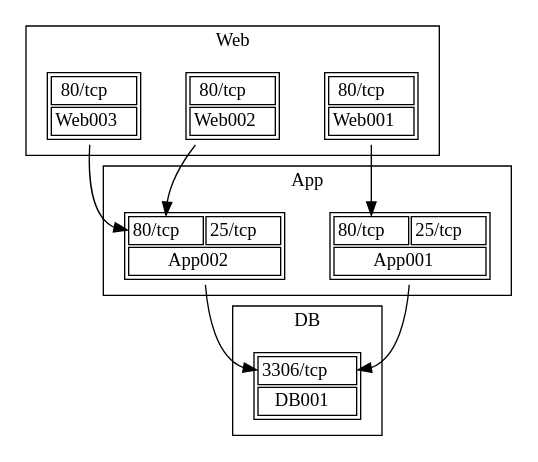
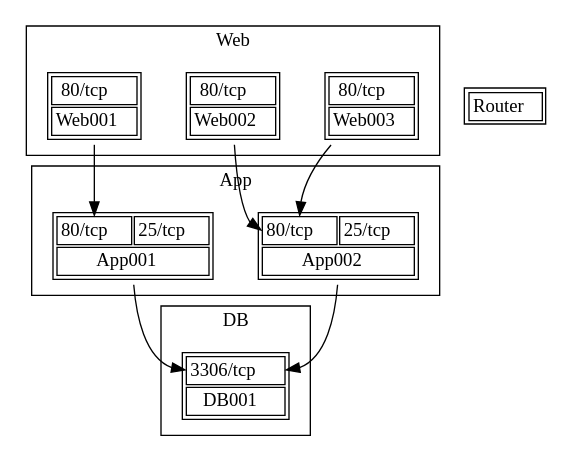
One commit to otahi/network_drawer changed the diagram in examples/simple.dot. Above: the diagram before and after it, drawn with Graphviz. The commit also changed 2 other files, not shown here.

```diff
--- a/examples/simple.dot
+++ b/examples/simple.dot
@@ -1,29 +1,39 @@
 digraph simple {
-  subgraph cluster0 {
+  subgraph cluster_Web {
     label="Web";
-    0[label=<<table><tr><td port="p80tcp"> 80/tcp</td></tr><tr><td colspan="1">Web001</td></tr></table>>,shape="plaintext"];
-    1[label=<<table><tr><td port="p80tcp"> 80/tcp</td></tr><tr><td colspan="1">Web002</td></tr></table>>,shape="plaintext"];
-    2[label=<<table><tr><td port="p80tcp"> 80/tcp</td></tr><tr><td colspan="1">Web003</td></tr></table>>,shape="plaintext"];
+    1[label=<<table><tr><td port="p80tcp"> 80/tcp</td></tr><tr><td colspan="1">Web003</td></tr></table>>,shape="plaintext"];
   }
-  subgraph cluster1 {
+  subgraph cluster_Web {
+    label="Web";
+    2[label=<<table><tr><td port="p80tcp"> 80/tcp</td></tr><tr><td colspan="1">Web002</td></tr></table>>,shape="plaintext"];
+  }
+  subgraph cluster_Web {
+    label="Web";
+    3[label=<<table><tr><td port="p80tcp"> 80/tcp</td></tr><tr><td colspan="1">Web001</td></tr></table>>,shape="plaintext"];
+  }
+  subgraph cluster_App {
     label="App";
-    3[label=<<table><tr><td port="p80tcp"> 80/tcp</td><td port="p25tcp"> 25/tcp</td></tr><tr><td colspan="2">App001</td></tr></table>>,shape="plaintext"];
     4[label=<<table><tr><td port="p80tcp"> 80/tcp</td><td port="p25tcp"> 25/tcp</td></tr><tr><td colspan="2">App002</td></tr></table>>,shape="plaintext"];
   }
-  subgraph cluster2 {
+  subgraph cluster_App {
+    label="App";
+    5[label=<<table><tr><td port="p80tcp"> 80/tcp</td><td port="p25tcp"> 25/tcp</td></tr><tr><td colspan="2">App001</td></tr></table>>,shape="plaintext"];
+  }
+  subgraph cluster_DB {
     label="DB";
-    5[label=<<table><tr><td port="p3306tcp"> 3306/tcp</td></tr><tr><td colspan="1">DB001</td></tr></table>>,shape="plaintext"];
+    6[label=<<table><tr><td port="p3306tcp"> 3306/tcp</td></tr><tr><td colspan="1">DB001</td></tr></table>>,shape="plaintext"];
   }
   rankdir="TB";
-  0;
+  7[label=<<table><tr><td>Router</td></tr></table>>,shape="plaintext"];
   3;
+  5;
+  2;
+  4;
   1;
-  4;
-  2;
-  5;
-  0 -> 3:p80tcp;
+  6;
+  3 -> 5:p80tcp;
+  2 -> 4:p80tcp;
   1 -> 4:p80tcp;
-  2 -> 4:p80tcp;
-  3 -> 5:p3306tcp;
-  4 -> 5:p3306tcp;
+  5 -> 6:p3306tcp;
+  4 -> 6:p3306tcp;
 }
```
